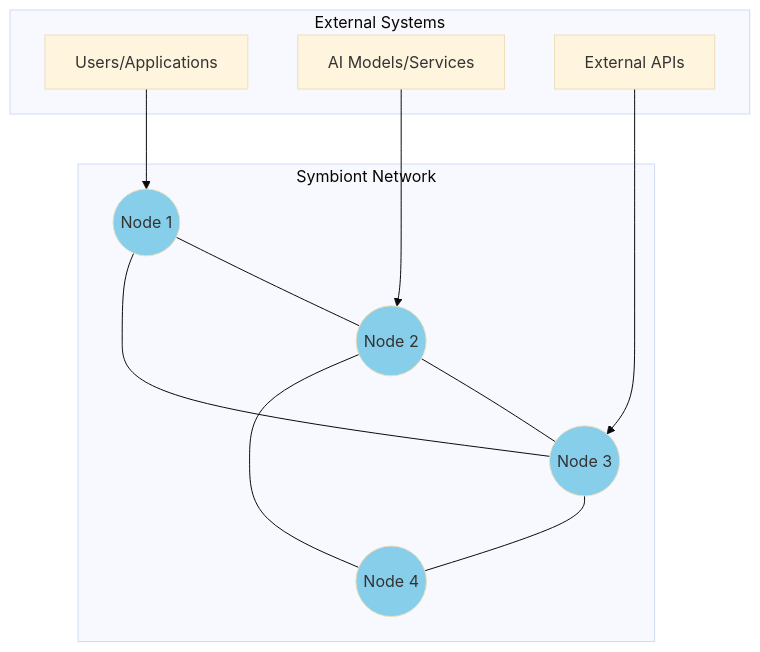
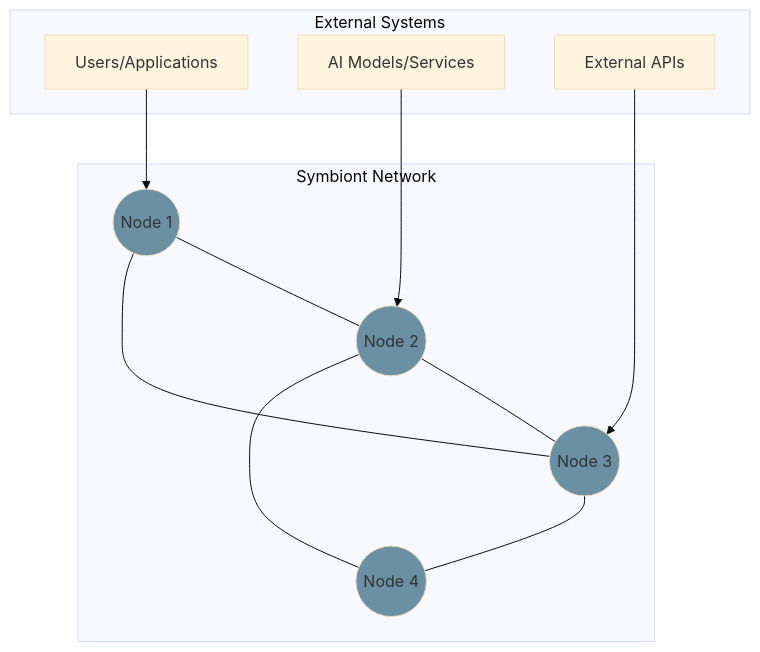
Before and after one commit to ScopeCreep-zip/Symbiont: the first of 11 diagrams in docs/architecture/overview.md, drawn with Mermaid (base theme). The commit also changed other lines of this file and 17 other files, not shown here.

Commit message:
update to diagram colors

````diff
--- a/docs/architecture/overview.md
+++ b/docs/architecture/overview.md
@@ -31,30 +31,30 @@
 ```mermaid
 graph TB
     subgraph "External Systems"
         U1[Users/Applications]
         U2[AI Models/Services]
         U3[External APIs]
     end
 
     subgraph "Symbiont Network"
         N1((Node 1))
         N2((Node 2))
         N3((Node 3))
         N4((Node 4))
 
         N1 --- N2
         N2 --- N3
         N3 --- N4
         N1 --- N3
         N2 --- N4
     end
 
     U1 --> N1
     U2 --> N2
     U3 --> N3
 
-    style N1 fill:#87CEEB
-    style N2 fill:#87CEEB
-    style N3 fill:#87CEEB
-    style N4 fill:#87CEEB
+    style N1 fill:#6b8fa3
+    style N2 fill:#6b8fa3
+    style N3 fill:#6b8fa3
+    style N4 fill:#6b8fa3
 ```
````
